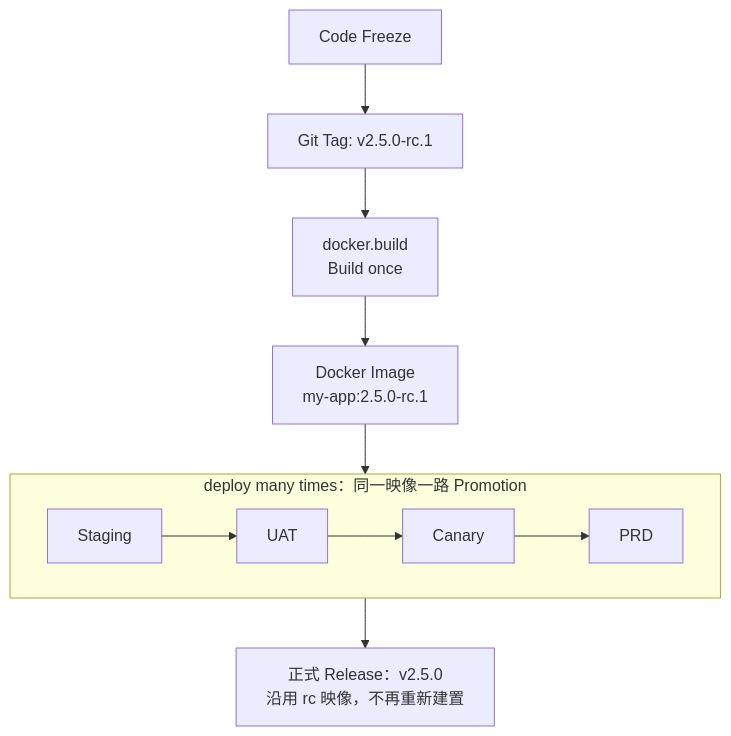
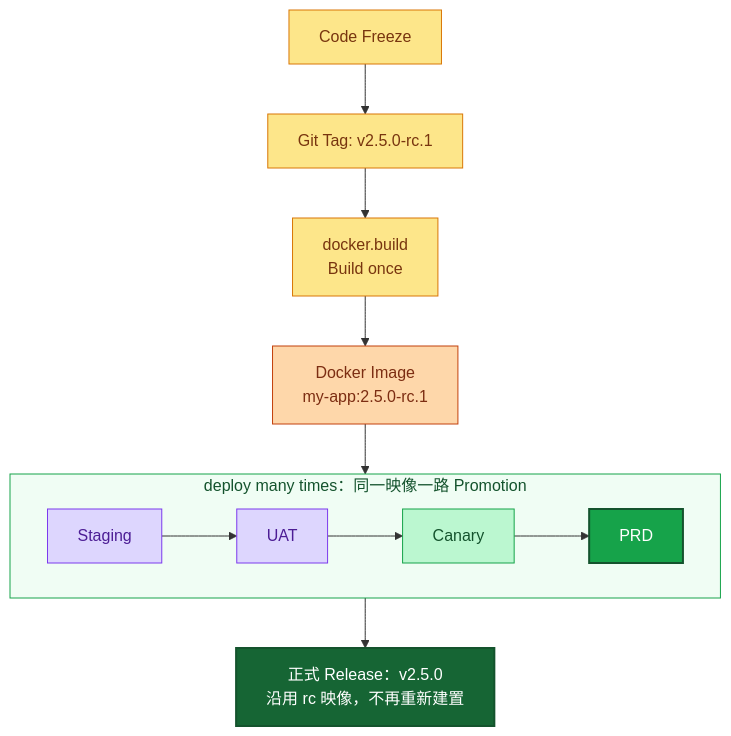
The second of 2 diagrams in CI-CD-PIPELINE.md (ytliuSVN/ros2-web-monitoring), drawn with Mermaid before and after one commit. The commit also changed other lines of this file, not shown here.

Commit message:
Enhance CI/CD Pipeline documentation by adding detailed class definitions and styles for flowchart nodes to improve visual clarity and organization.

````diff
--- a/CI-CD-PIPELINE.md
+++ b/CI-CD-PIPELINE.md
@@ -64,14 +86,30 @@
 ```mermaid
 flowchart TD
     freeze[Code Freeze] --> tag["Git Tag: v2.5.0-rc.1"]
     tag --> docker["docker.build<br/>Build once"]
     docker --> image["Docker Image<br/>my-app:2.5.0-rc.1"]
     subgraph promotion["deploy many times：同一映像一路 Promotion"]
         direction LR
         staging[Staging] --> uat[UAT]
         uat --> canary[Canary]
         canary --> prd[PRD]
     end
     image --> promotion
     promotion --> release["正式 Release：v2.5.0<br/>沿用 rc 映像，不再重新建置"]
+
+    classDef rcNode fill:#fde68a,stroke:#d97706,color:#78350f
+    classDef imageNode fill:#fed7aa,stroke:#c2410c,color:#7c2d12
+    classDef preprodNode fill:#ddd6fe,stroke:#7c3aed,color:#4c1d95
+    classDef canaryNode fill:#bbf7d0,stroke:#16a34a,color:#14532d
+    classDef prdNode fill:#16a34a,stroke:#14532d,color:#ffffff,stroke-width:2px
+    classDef releaseNode fill:#166534,stroke:#14532d,color:#ffffff,stroke-width:2px
+
+    class freeze,tag,docker rcNode
+    class image imageNode
+    class staging,uat preprodNode
+    class canary canaryNode
+    class prd prdNode
+    class release releaseNode
+
+    style promotion fill:#f0fdf4,stroke:#16a34a,color:#14532d
 ```
````
